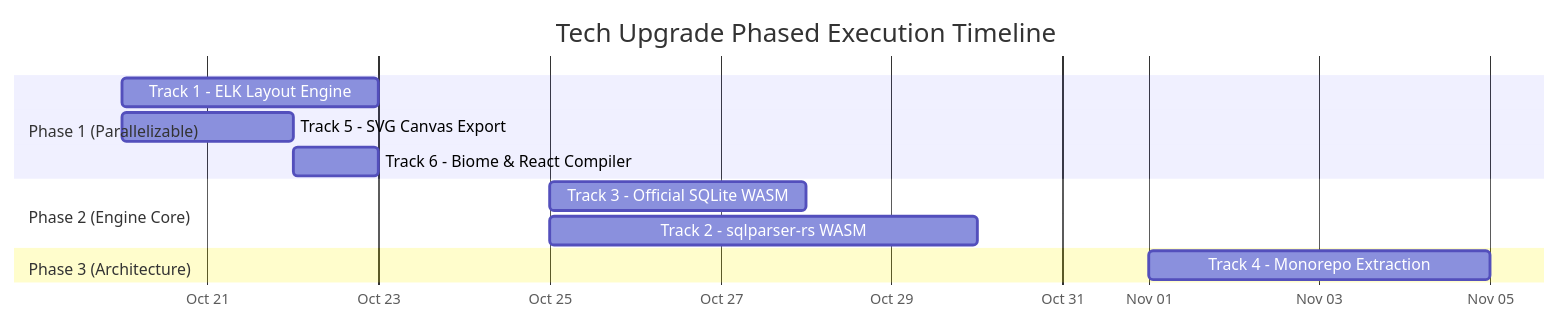
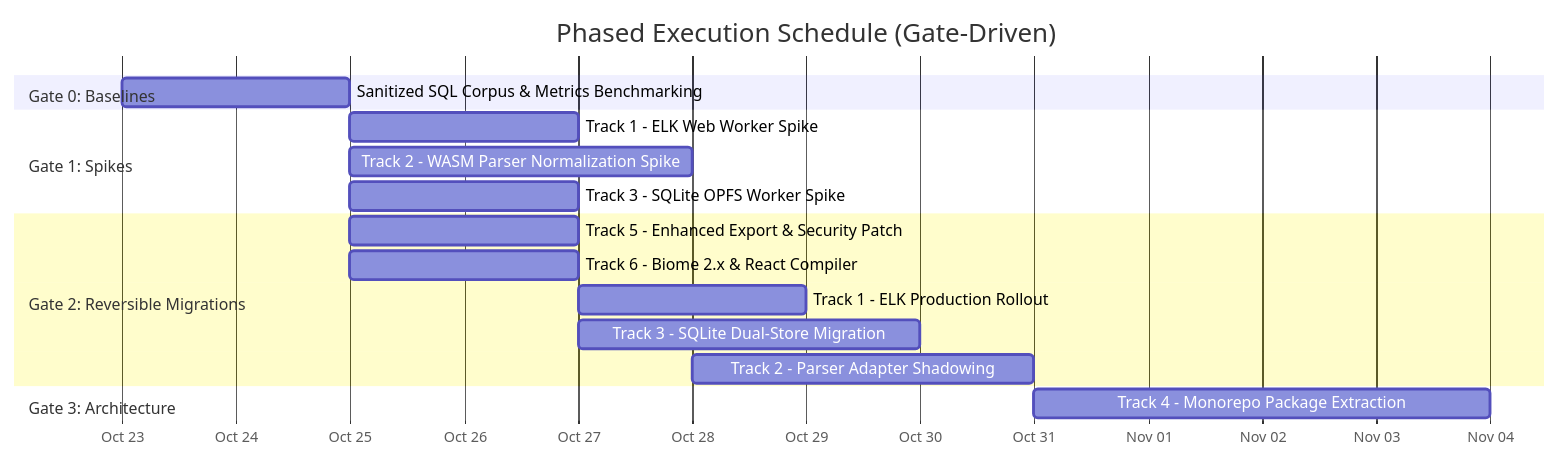
Before and after one commit to ayushmi77al/erd-forge: the first of 2 diagrams in docs/future-development/TECH_UPGRADE_PLAN.md, drawn with Mermaid. The commit also changed other lines of this file and 257 other files, not shown here.

````diff
--- a/docs/future-development/TECH_UPGRADE_PLAN.md
+++ b/docs/future-development/TECH_UPGRADE_PLAN.md
@@ -36,18 +63,24 @@
 ```mermaid
 gantt
-    title Tech Upgrade Phased Execution Timeline
+    title Phased Execution Schedule (Gate-Driven)
     dateFormat  YYYY-MM-DD
     axisFormat  %b %d
 
-    section Phase 1 (Parallelizable)
-    Track 1 - ELK Layout Engine        :t1, 2026-10-20, 3d
-    Track 5 - SVG Canvas Export        :t5, 2026-10-20, 2d
-    Track 6 - Biome & React Compiler   :t6, 2026-10-22, 1d
+    section Gate 0: Baselines
+    Sanitized SQL Corpus & Metrics Benchmarking :g0, 2026-10-23, 2d
 
-    section Phase 2 (Engine Core)
-    Track 3 - Official SQLite WASM     :t3, 2026-10-25, 3d
-    Track 2 - sqlparser-rs WASM        :t2, 2026-10-25, 5d
+    section Gate 1: Spikes
+    Track 1 - ELK Web Worker Spike            :t1_spike, after g0, 2d
+    Track 2 - WASM Parser Normalization Spike :t2_spike, after g0, 3d
+    Track 3 - SQLite OPFS Worker Spike         :t3_spike, after g0, 2d
 
-    section Phase 3 (Architecture)
-    Track 4 - Monorepo Extraction      :t4, 2026-11-01, 4d
+    section Gate 2: Reversible Migrations
+    Track 5 - Enhanced Export & Security Patch :t5, after g0, 2d
+    Track 6 - Biome 2.x & React Compiler       :t6, after g0, 2d
+    Track 1 - ELK Production Rollout           :t1_prod, after t1_spike, 2d
+    Track 3 - SQLite Dual-Store Migration      :t3_prod, after t3_spike, 3d
+    Track 2 - Parser Adapter Shadowing         :t2_prod, after t2_spike, 3d
+
+    section Gate 3: Architecture
+    Track 4 - Monorepo Package Extraction      :t4, after t2_prod, 4d
 ```
````
